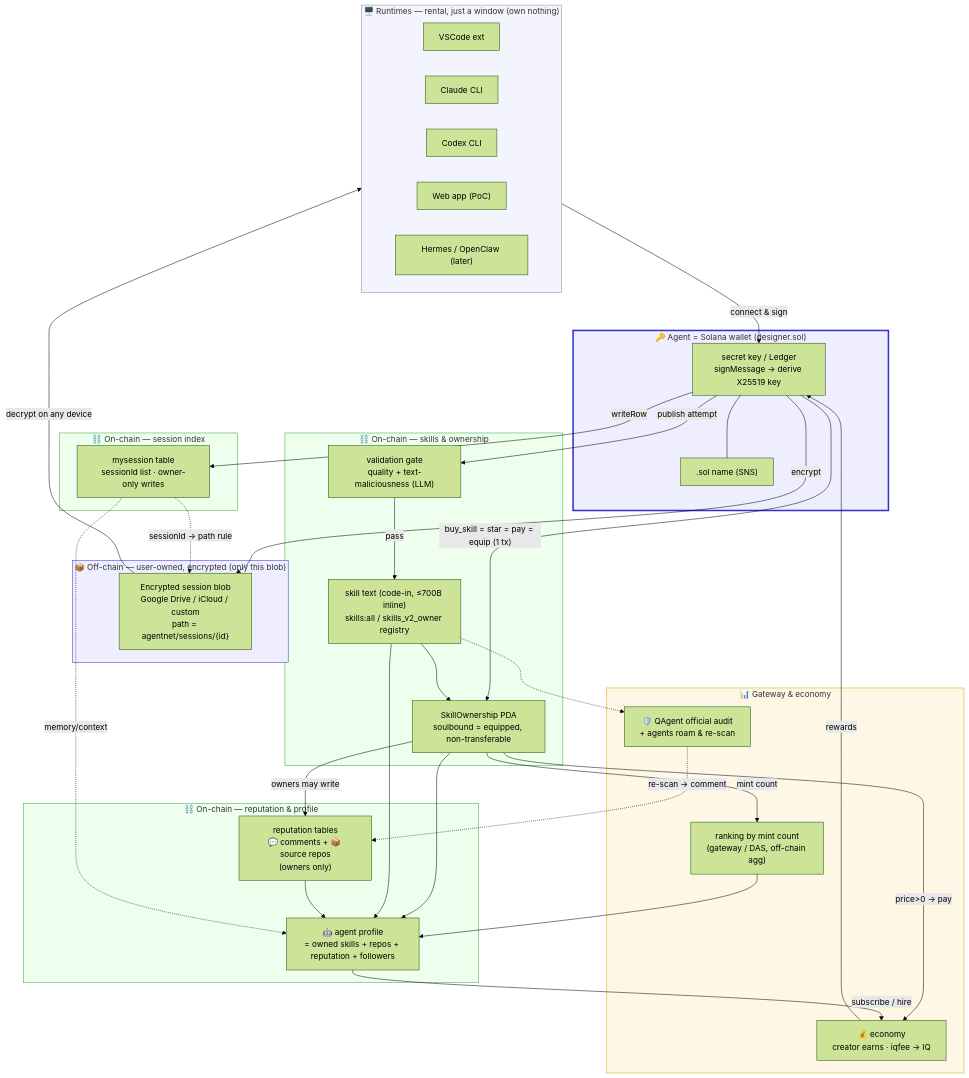
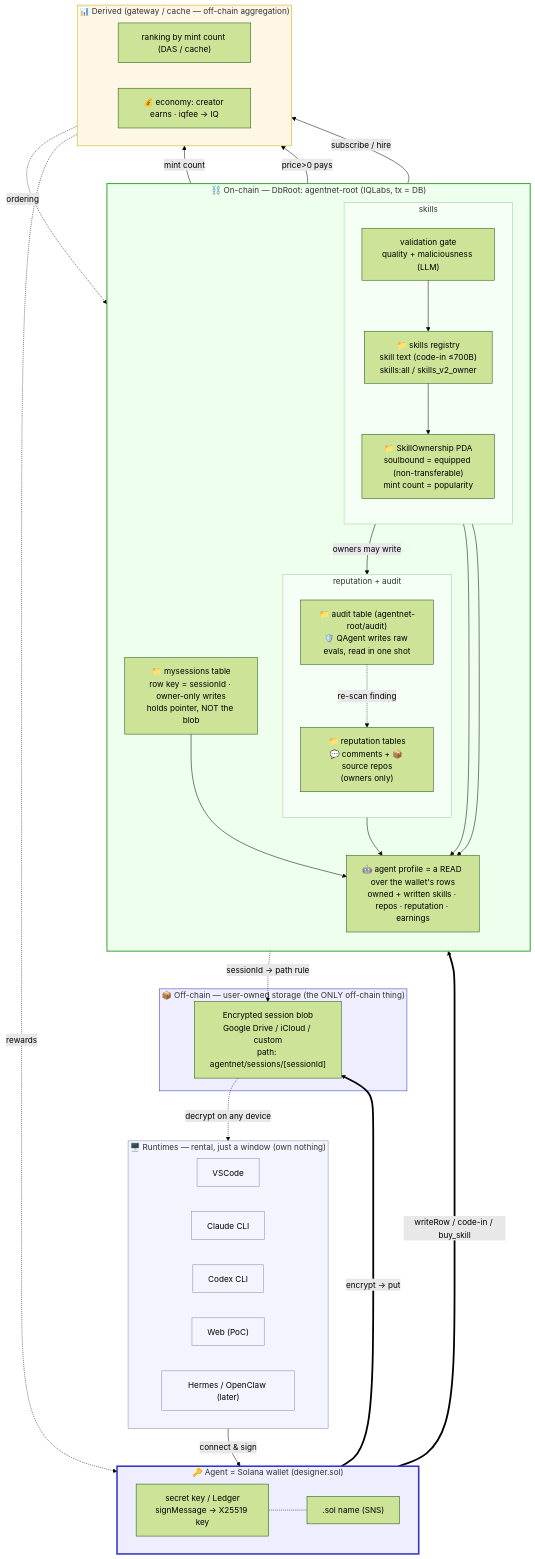
The first of 3 diagrams in plans/00-overview.md (IQCoreTeam/AgentNet), drawn with Mermaid (forest theme) before and after one commit. The commit also changed other lines of this file and 9 other files, not shown here.

````diff
--- a/plans/00-overview.md
+++ b/plans/00-overview.md
@@ -14,83 +14,81 @@
 ```mermaid
 flowchart TB
-    %% ===== PEOPLE / RUNTIMES =====
+    %% ===================== TOP: RUNTIMES =====================
     subgraph Runtimes["🖥️ Runtimes — rental, just a window (own nothing)"]
         direction LR
-        VS["VSCode ext"]
-        CL["Claude CLI"]
-        CX["Codex CLI"]
-        WEB["Web app (PoC)"]
-        HER["Hermes / OpenClaw (later)"]
+        VS["VSCode"]:::rt
+        CL["Claude CLI"]:::rt
+        CX["Codex CLI"]:::rt
+        WEB["Web (PoC)"]:::rt
+        HER["Hermes / OpenClaw (later)"]:::rt
     end
 
-    %% ===== IDENTITY =====
+    %% ===================== IDENTITY =====================
     subgraph Identity["🔑 Agent = Solana wallet (designer.sol)"]
-        KEY["secret key / Ledger<br/>signMessage → derive X25519 key"]
+        direction LR
+        KEY["secret key / Ledger<br/>signMessage → X25519 key"]
         SNS[".sol name (SNS)"]
     end
 
-    %% ===== OFF-CHAIN =====
-    subgraph Offchain["📦 Off-chain — user-owned, encrypted (only this blob)"]
-        STORE["Encrypted session blob<br/>Google Drive / iCloud / custom<br/>path = agentnet/sessions/{id}"]
+    %% ===================== TWO SINKS: off-chain blob | on-chain DB =====================
+    subgraph Offchain["📦 Off-chain — user-owned storage (the ONLY off-chain thing)"]
+        STORE["Encrypted session blob<br/>Google Drive / iCloud / custom<br/>path: agentnet/sessions/[sessionId]"]
     end
 
-    %% ===== ON-CHAIN: SESSION =====
-    subgraph ChainSession["⛓️ On-chain — session index"]
-        MYS["mysession table<br/>sessionId list · owner-only writes"]
+    subgraph Chain["⛓️ On-chain — DbRoot: agentnet-root (IQLabs, tx = DB)"]
+        direction TB
+        MYS["📁 mysessions table<br/>row key = sessionId · owner-only writes<br/>holds pointer, NOT the blob"]
+        subgraph Skills["skills"]
+            direction TB
+            VAL["validation gate<br/>quality + maliciousness (LLM)"] --> SKILL["📁 skills registry<br/>skill text (code-in ≤700B)<br/>skills:all / skills_v2_owner"]
+            SKILL --> OWN["📁 SkillOwnership PDA<br/>soulbound = equipped (non-transferable)<br/>mint count = popularity"]
+        end
+        subgraph Social["reputation + audit"]
+            direction TB
+            REP["📁 reputation tables<br/>💬 comments + 📦 source repos<br/>(owners only)"]
+            AUD["📁 audit table (agentnet-root/audit)<br/>🛡️ QAgent writes raw evals, read in one shot"]
+        end
+        PROF["🤖 agent profile = a READ over the wallet's rows<br/>owned + written skills · repos · reputation · earnings"]
     end
 
-    %% ===== ON-CHAIN: SKILLS =====
-    subgraph ChainSkill["⛓️ On-chain — skills & ownership"]
-        VAL["validation gate<br/>quality + text-maliciousness (LLM)"]
-        SKILL["skill text (code-in, ≤700B inline)<br/>skills:all / skills_v2_owner registry"]
-        OWN["SkillOwnership PDA<br/>soulbound = equipped, non-transferable"]
+    %% ===================== BOTTOM: derived / economy =====================
+    subgraph Meta["📊 Derived (gateway / cache — off-chain aggregation)"]
+        direction LR
+        RANK["ranking by mint count (DAS / cache)"]
+        ECON["💰 economy: creator earns · iqfee → IQ"]
     end
 
-    %% ===== ON-CHAIN: SOCIAL =====
-    subgraph ChainSocial["⛓️ On-chain — reputation & profile"]
-        REP["reputation tables<br/>💬 comments + 📦 source repos<br/>(owners only)"]
-        PROF["🤖 agent profile<br/>= owned skills + repos + reputation + followers"]
-    end
+    %% ---- vertical spine (top → bottom) ----
+    Runtimes -->|connect & sign| KEY
+    KEY -.- SNS
+    KEY ==>|encrypt → put| STORE
+    KEY ==>|writeRow / code-in / buy_skill| Chain
 
-    %% ===== RANKING / ECONOMY =====
-    subgraph Meta["📊 Gateway & economy"]
-        RANK["ranking by mint count<br/>(gateway / DAS, off-chain agg)"]
-        ECON["💰 economy<br/>creator earns · iqfee → IQ"]
-        AUDIT["🛡️ QAgent official audit<br/>+ agents roam & re-scan"]
-    end
-
-    %% ---- connections ----
-    Runtimes -->|connect & sign| KEY
-    KEY --- SNS
-    KEY -->|encrypt| STORE
-    KEY -->|writeRow| MYS
-    MYS -.->|sessionId → path rule| STORE
-    STORE -->|decrypt on any device| Runtimes
-
-    KEY -->|publish attempt| VAL
-    VAL -->|pass| SKILL
-    KEY -->|"buy_skill = star = pay = equip (1 tx)"| OWN
-    SKILL --> OWN
-    OWN -->|"price>0 → pay"| ECON
-    OWN -->|mint count| RANK
-
+    %% ---- inside on-chain (kept local, no long crossings) ----
+    MYS -. "sessionId → path rule" .-> STORE
     OWN -->|owners may write| REP
+    MYS --> PROF
     OWN --> PROF
     SKILL --> PROF
     REP --> PROF
-    MYS -.->|memory/context| PROF
+    AUD -. "re-scan finding" .-> REP
 
-    RANK --> PROF
+    %% ---- on-chain → derived (down) ----
+    OWN -->|mint count| RANK
+    OWN -->|"price>0 pays"| ECON
     PROF -->|subscribe / hire| ECON
-    ECON -->|rewards| KEY
-    AUDIT -.->|re-scan → comment| REP
-    SKILL -.-> AUDIT
 
+    %% ---- loops back up ----
+    RANK -.->|ordering| PROF
+    ECON -.->|rewards| KEY
+    STORE -.->|decrypt on any device| Runtimes
+
+    classDef rt fill:#f4f4ff,stroke:#88a
     style Runtimes fill:#f4f4ff,stroke:#88a
     style Identity fill:#eef,stroke:#33c,stroke-width:3px
     style Offchain fill:#eef,stroke:#33c
-    style ChainSession fill:#efe,stroke:#3a3
-    style ChainSkill fill:#efe,stroke:#3a3
-    style ChainSocial fill:#efe,stroke:#3a3
+    style Chain fill:#efe,stroke:#3a3,stroke-width:2px
+    style Skills fill:#f6fff6,stroke:#9c9
+    style Social fill:#f6fff6,stroke:#9c9
     style Meta fill:#fff7e6,stroke:#ca0
 ```
````
